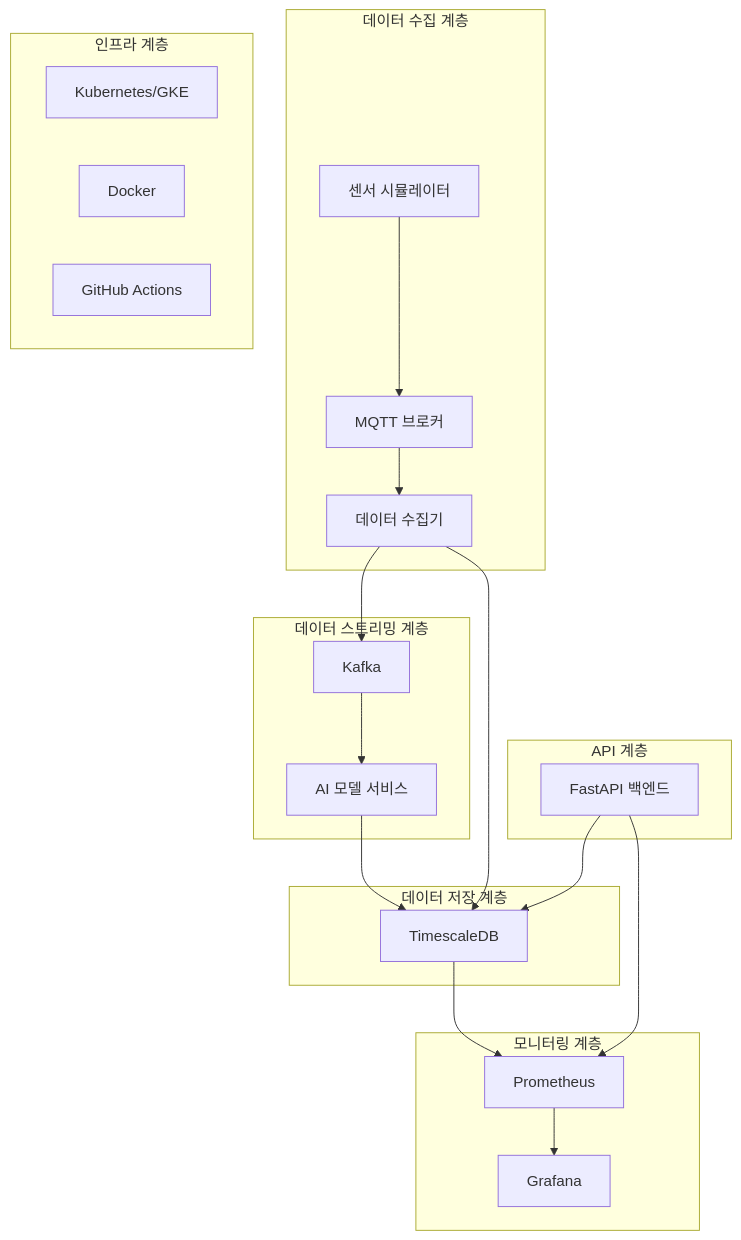
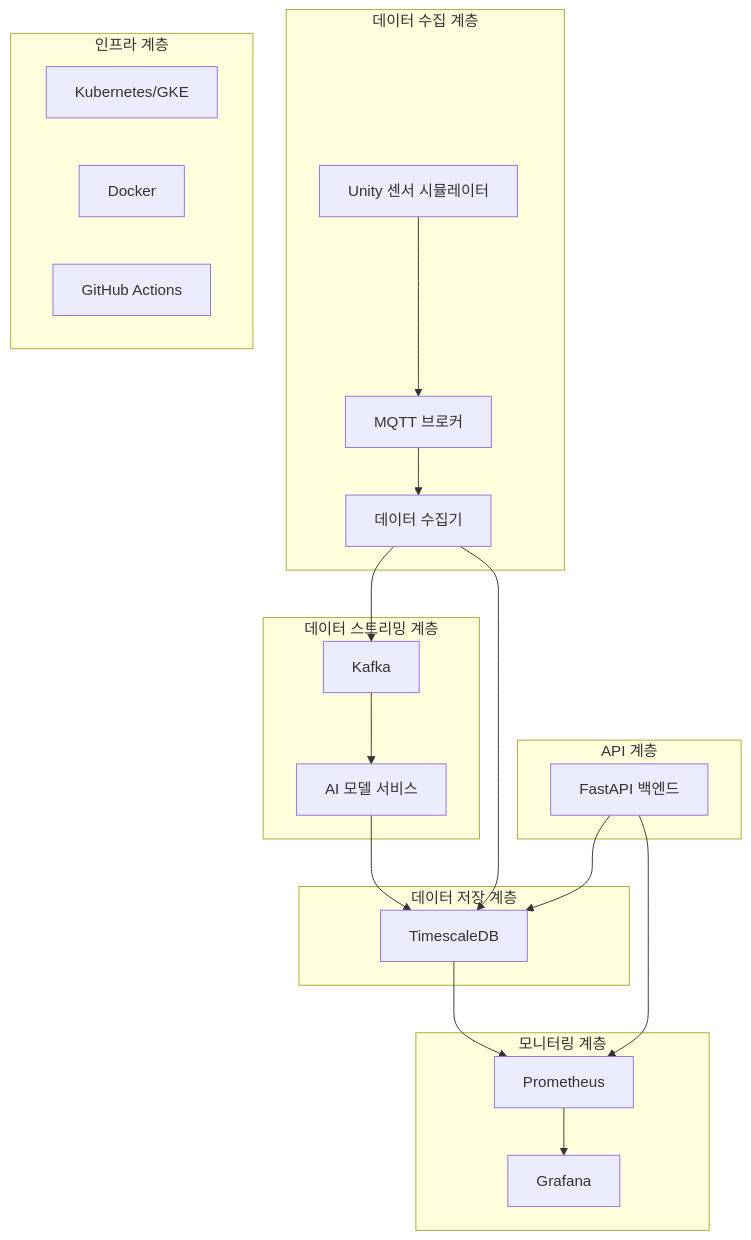
Before and after one commit to KSEB-FactoryPdM/KSEB_FactoryPdM: the diagram in backend/README.md, drawn with Mermaid. The commit also changed other lines of this file and 7 other files, not shown here.

````diff
--- a/backend/README.md
+++ b/backend/README.md
@@ -9,33 +9,33 @@
 ```mermaid
 graph TB
     subgraph "데이터 수집 계층"
-        A[센서 시뮬레이터] --> B[MQTT 브로커]
+        A[Unity 센서 시뮬레이터] --> B[MQTT 브로커]
         B --> C[데이터 수집기]
     end
     
     subgraph "데이터 스트리밍 계층"  
         C --> D[Kafka]
         D --> E[AI 모델 서비스]
     end
     
     subgraph "데이터 저장 계층"
         E --> F[TimescaleDB]
         C --> F
     end
     
     subgraph "API 계층"
         G[FastAPI 백엔드] --> F
     end
     
     subgraph "모니터링 계층"
         F --> H[Prometheus]
         H --> I[Grafana]
         G --> H
     end
     
     subgraph "인프라 계층"
         J[Kubernetes/GKE] 
         K[Docker]
         L[GitHub Actions]
     end
 ```
````
